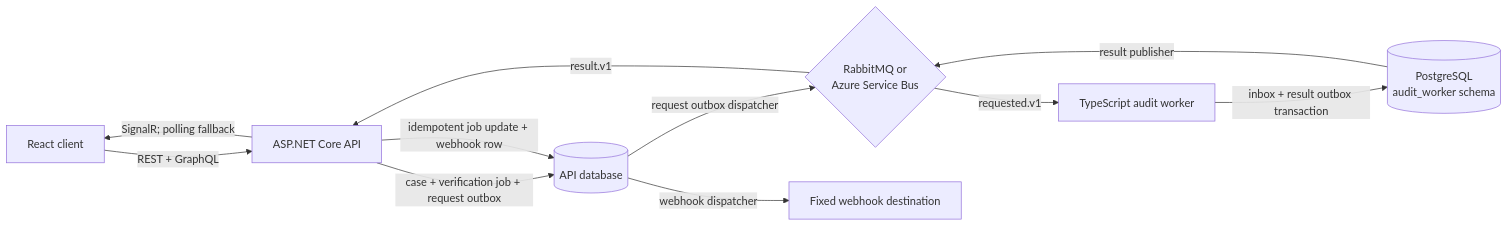
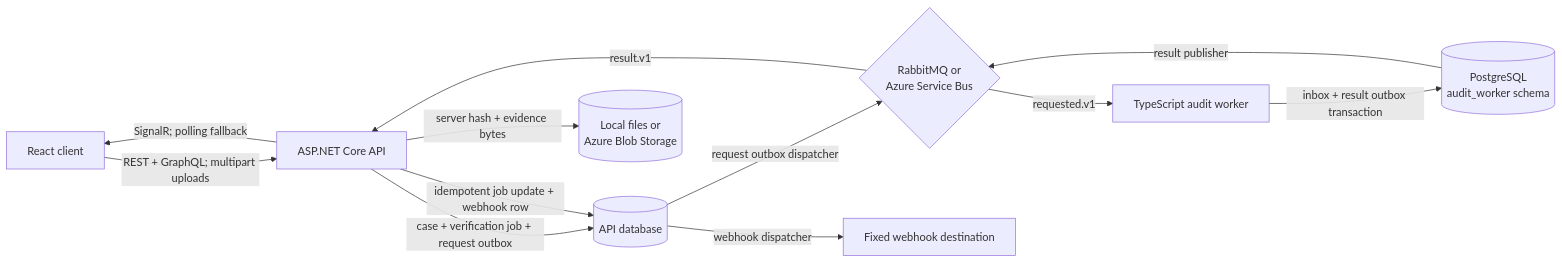
The diagram in docs/architecture.md (MarvelousJade/CaseLedger), drawn with Mermaid before and after one commit. The commit also changed other lines of this file and 3 other files, not shown here.

````diff
--- a/docs/architecture.md
+++ b/docs/architecture.md
@@ -25,21 +26,23 @@
 ```mermaid
 flowchart LR
     UI[React client]
     API[ASP.NET Core API]
     ApiDb[(API database)]
+    Objects[(Local files or<br/>Azure Blob Storage)]
     Broker{RabbitMQ or<br/>Azure Service Bus}
     Worker[TypeScript audit worker]
     WorkerDb[(PostgreSQL<br/>audit_worker schema)]
     Hook[Fixed webhook destination]
 
-    UI -->|REST + GraphQL| API
+    UI -->|REST + GraphQL; multipart uploads| API
+    API -->|server hash + evidence bytes| Objects
     API -->|case + verification job + request outbox| ApiDb
     ApiDb -->|request outbox dispatcher| Broker
     Broker -->|requested.v1| Worker
     Worker -->|inbox + result outbox transaction| WorkerDb
     WorkerDb -->|result publisher| Broker
     Broker -->|result.v1| API
     API -->|idempotent job update + webhook row| ApiDb
     API -->|SignalR; polling fallback| UI
     ApiDb -->|webhook dispatcher| Hook
 ```
````
